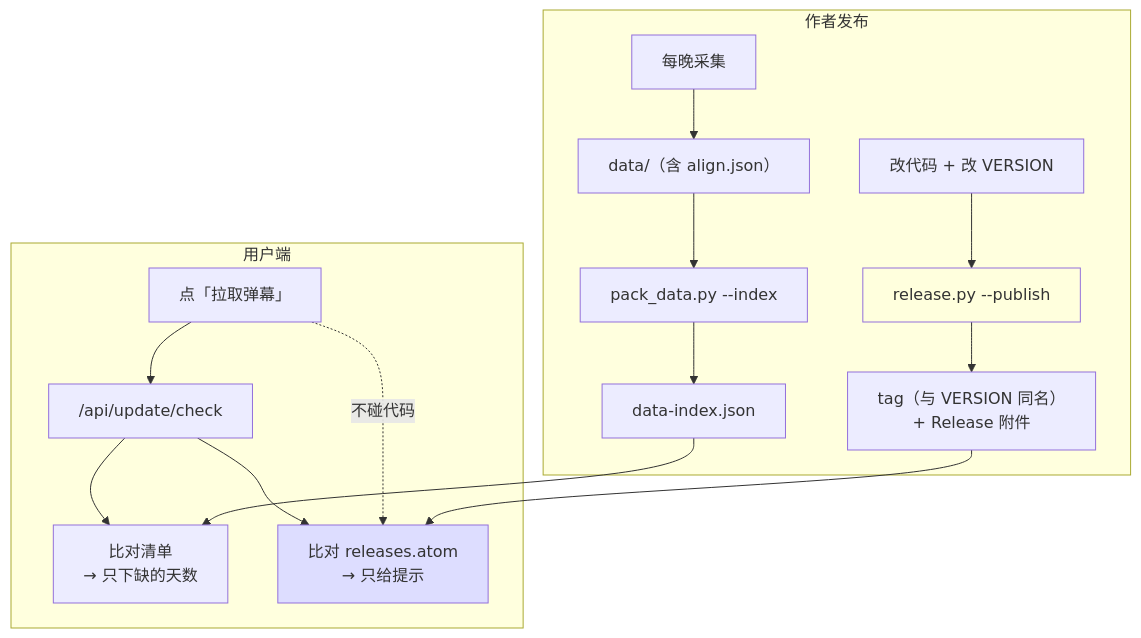
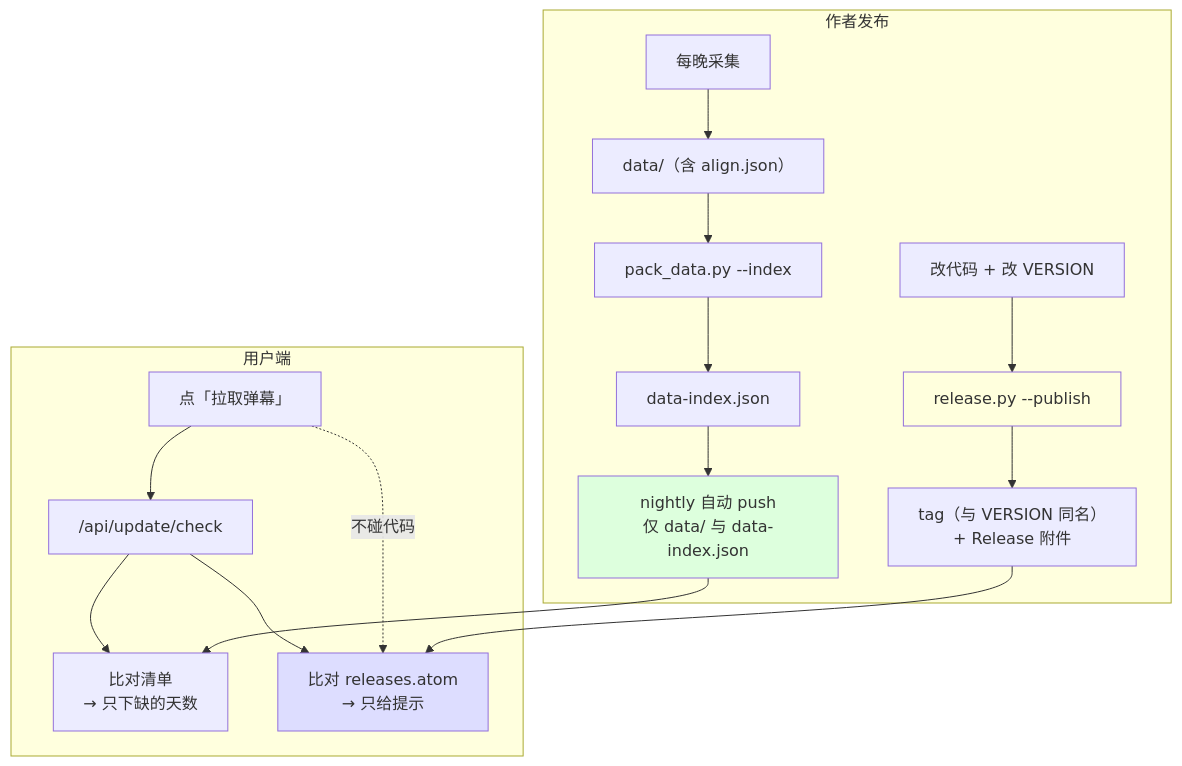
The second of 3 diagrams in 架构总览.md (root9701/danmaku-timewarp), drawn with Mermaid before and after one commit. The commit also changed other lines of this file and 9 other files, not shown here.

````diff
--- a/架构总览.md
+++ b/架构总览.md
@@ -84,20 +85,22 @@
 ```mermaid
 flowchart TB
     subgraph 作者["作者发布"]
         A1["每晚采集"] --> A2["data/（含 align.json）"]
         A2 --> A3["pack_data.py --index"]
         A3 --> A4["data-index.json"]
+        A4 --> A8["nightly 自动 push<br/>仅 data/ 与 data-index.json"]
         A5["改代码 + 改 VERSION"] --> A6["release.py --publish"]
         A6 --> A7["tag（与 VERSION 同名）<br/>+ Release 附件"]
     end
     subgraph 用户["用户端"]
         B1["点「拉取弹幕」"] --> B2["/api/update/check"]
         B2 --> B3["比对清单<br/>→ 只下缺的天数"]
         B2 --> B4["比对 releases.atom<br/>→ 只给提示"]
         B1 -.不碰代码.-> B4
     end
-    A4 --> B3
+    A8 --> B3
     A7 --> B4
     style A6 fill:#ffd
+    style A8 fill:#dfd
     style B4 fill:#ddf
 ```
````
